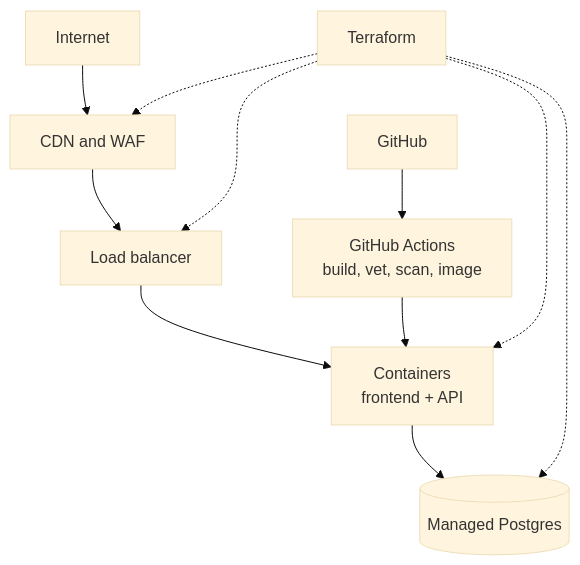
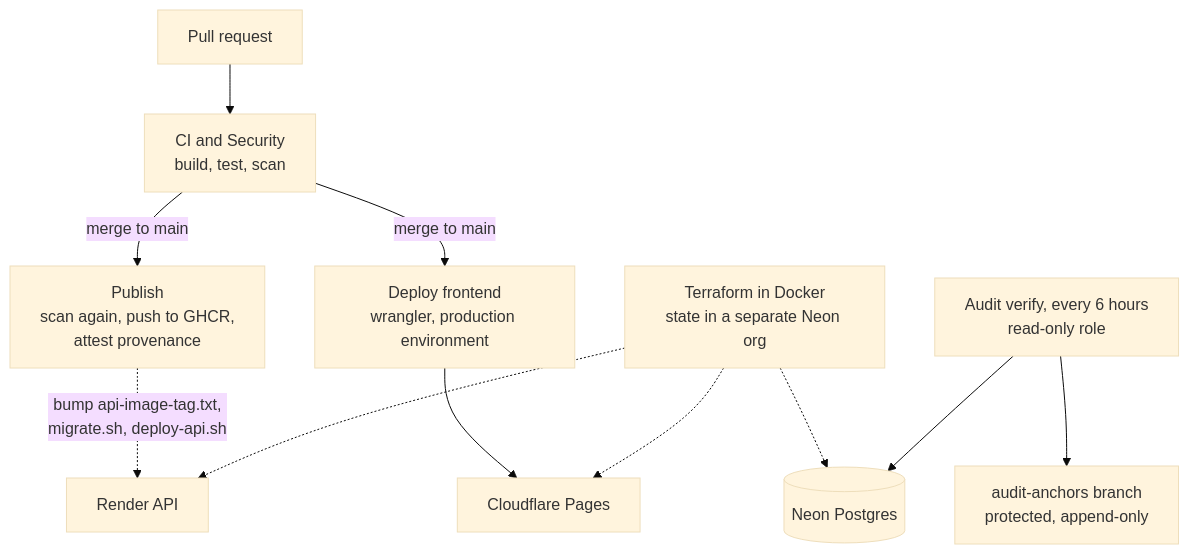
One commit to rehrabbi/SentinelOps changed the second of 2 diagrams in README.md. Above: the diagram before and after it, drawn with Mermaid (base theme). The commit also changed other lines of this file and 1 other file, not shown here.

First line of the commit message:
docs: describe the deployed architecture in the README

````diff
--- a/README.md
+++ b/README.md
@@ -88,15 +86,13 @@
 ```mermaid
 flowchart TB
-    U["Internet"] --> W["CDN and WAF"]
-    W --> LB["Load balancer"]
-    LB --> APP["Containers<br/>frontend + API"]
-    APP --> RDS[("Managed Postgres")]
-
-    GH["GitHub"] --> CI["GitHub Actions<br/>build, vet, scan, image"]
-    CI --> APP
-
-    TF["Terraform"] -.-> W
-    TF -.-> LB
-    TF -.-> APP
-    TF -.-> RDS
+    PR["Pull request"] --> CI["CI and Security<br/>build, test, scan"]
+    CI -->|"merge to main"| PUB["Publish<br/>scan again, push to GHCR,<br/>attest provenance"]
+    CI -->|"merge to main"| DF["Deploy frontend<br/>wrangler, production environment"]
+    DF --> CF["Cloudflare Pages"]
+    PUB -.->|"bump api-image-tag.txt,<br/>migrate.sh, deploy-api.sh"| API["Render API"]
+    TF["Terraform in Docker<br/>state in a separate Neon org"] -.-> CF
+    TF -.-> API
+    TF -.-> DB[("Neon Postgres")]
+    AV["Audit verify, every 6 hours<br/>read-only role"] --> DB
+    AV --> AN["audit-anchors branch<br/>protected, append-only"]
 ```
````
